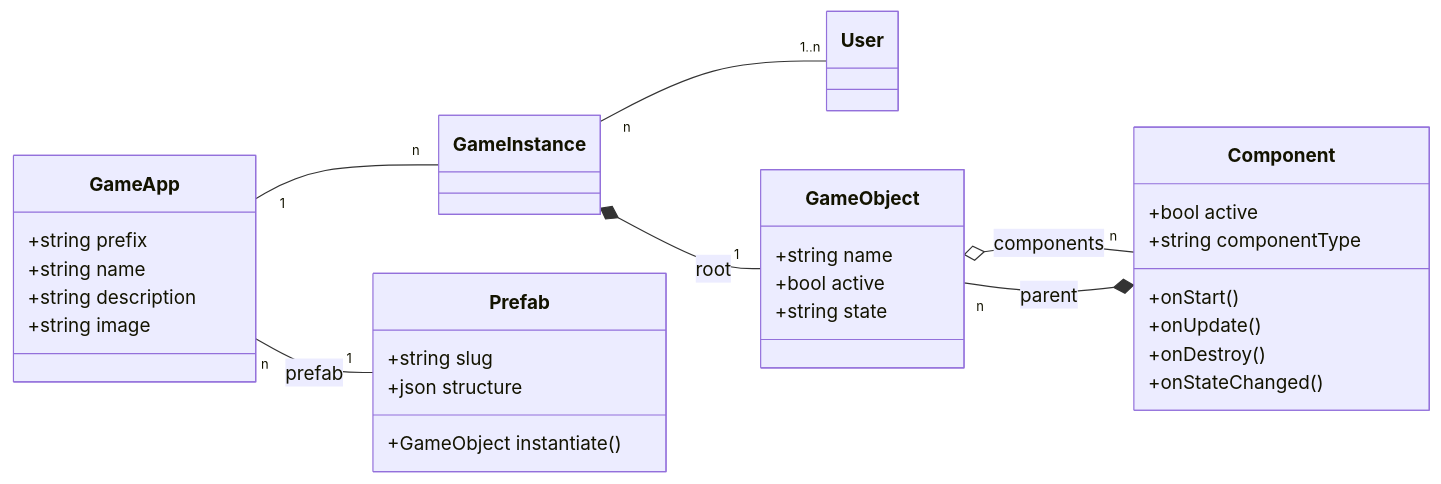
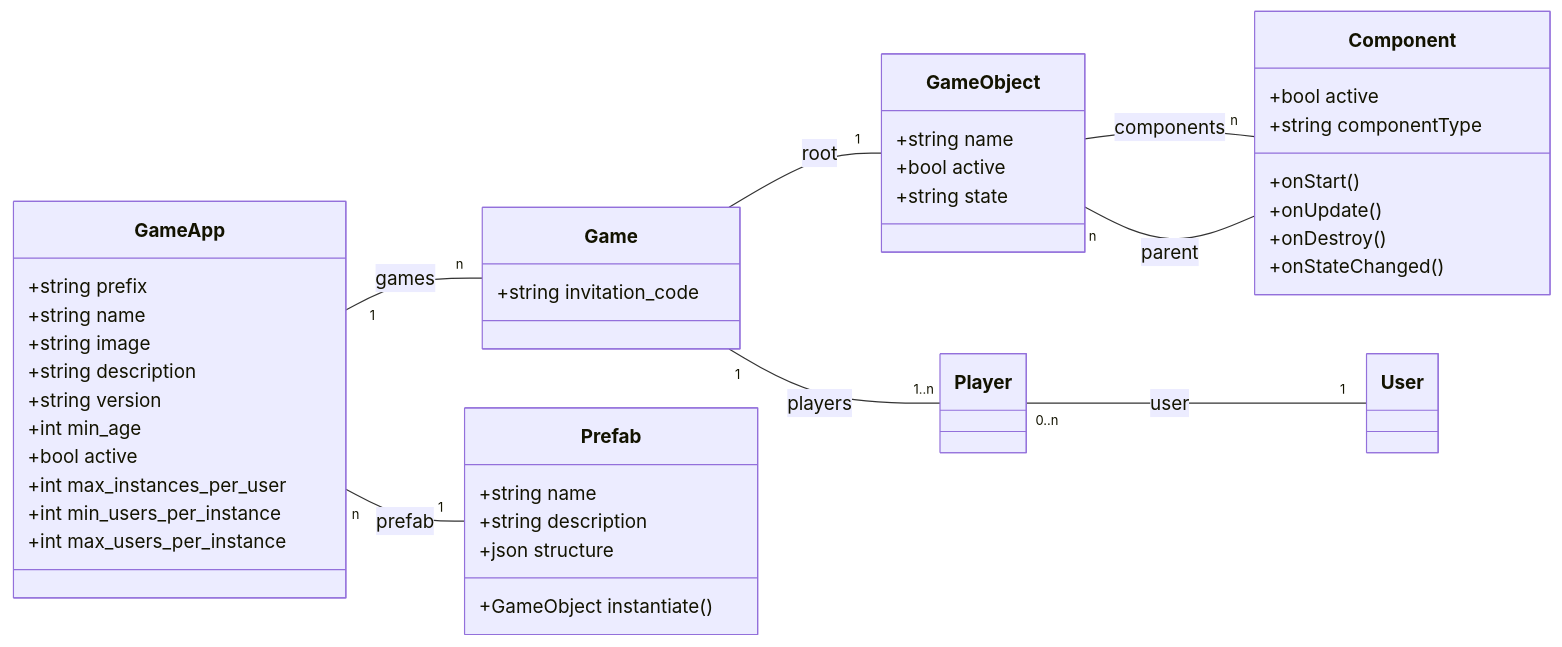
One commit to eormeno/base-project changed the diagram in docs/class_diagrams.md. Above: the diagram before and after it, drawn with Mermaid. The commit also changed other lines of this file and 6 other files, not shown here.

````diff
--- a/docs/class_diagrams.md
+++ b/docs/class_diagrams.md
@@ -4,38 +3,49 @@
 ```mermaid
 classDiagram
     direction LR
     class User {
     }
     class GameApp {
         +string prefix
         +string name
+        +string image
         +string description
-        +string image
+        +string version
+        +int min_age
+        +bool active
+        +int max_instances_per_user
+        +int min_users_per_instance
+        +int max_users_per_instance
     }
-    class GameInstance {
+    class Game {
+        +string invitation_code
+    }
+    class Player {
     }
     class Prefab {
-        +string slug
+        +string name
+        +string description
         +json structure
         +GameObject instantiate()
     }
     class GameObject {
         +string name
         +bool active
         +string state
     }
     class Component {
         +bool active
         +string componentType
         +onStart()
         +onUpdate()
         +onDestroy()
         +onStateChanged()
     }
-    GameInstance *-- "1" GameObject : root
-    GameObject o-- "n" Component : components
-    Component *-- "n" GameObject : parent
-    GameApp "1" -- "n" GameInstance
-    GameInstance "n" -- "1..n" User
+    Game -- "1" GameObject : root
+    GameObject -- "n" Component : components
+    Component -- "n" GameObject : parent
+    GameApp "1" -- "n" Game : games
+    Game "1" -- "1..n" Player : players
     GameApp "n" -- "1" Prefab : prefab
+    Player "0..n" -- "1" User : user
 ```
````
